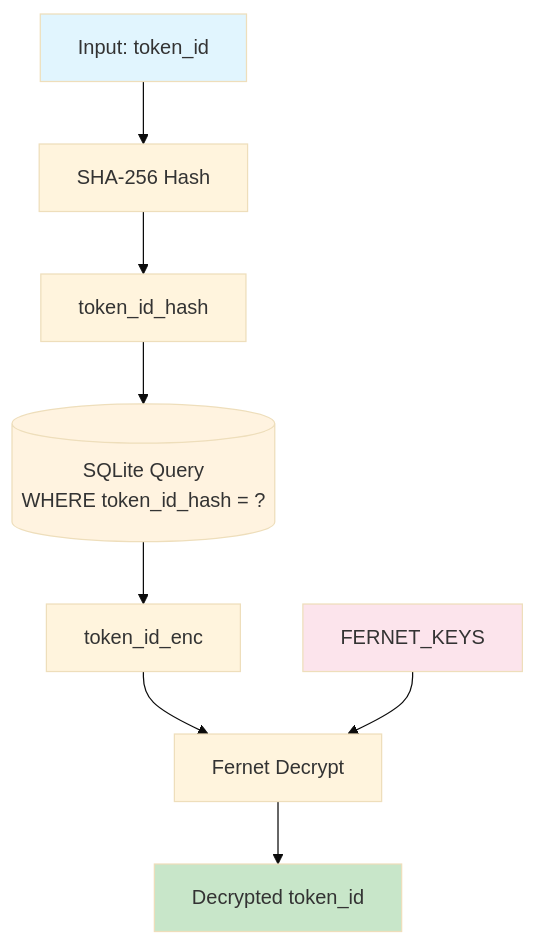
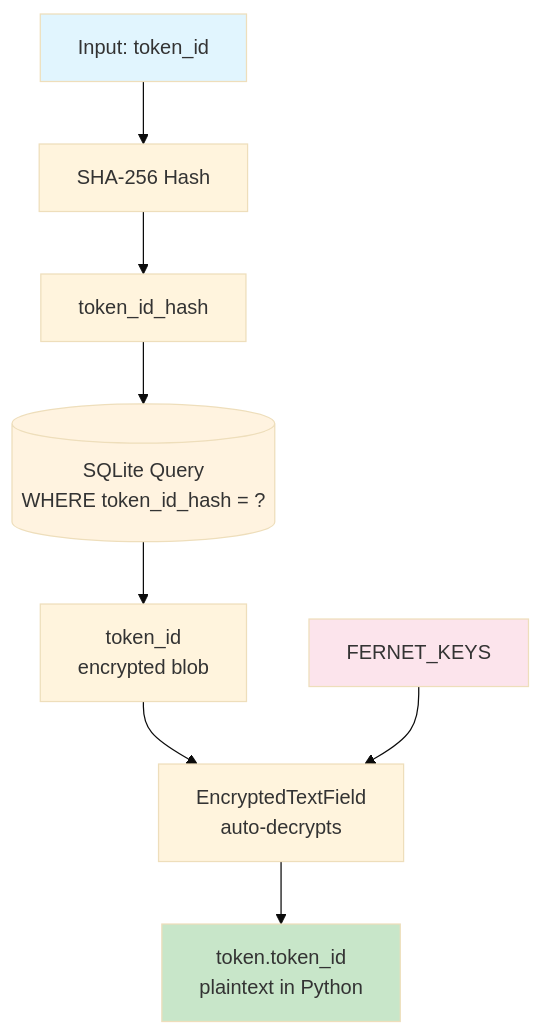
One commit to bp-ventures/meshc changed the second of 5 diagrams in docs/PLAN_MMT_ENCRYPTION.md. Above: the diagram before and after it, drawn with Mermaid (base theme). The commit also changed other lines of this file, not shown here.

Commit message:
Simplify MMT encryption: in-place field type change, 2 migrations

````diff
--- a/docs/PLAN_MMT_ENCRYPTION.md
+++ b/docs/PLAN_MMT_ENCRYPTION.md
@@ -58,15 +58,15 @@
 ```mermaid
 flowchart TD
     A[Input: token_id] --> B[SHA-256 Hash]
     B --> C[token_id_hash]
     C --> D[(SQLite Query<br/>WHERE token_id_hash = ?)]
-    D --> E[token_id_enc]
-    E --> F[Fernet Decrypt]
+    D --> E[token_id<br/>encrypted blob]
+    E --> F[EncryptedTextField<br/>auto-decrypts]
     G[FERNET_KEYS] --> F
-    F --> H[Decrypted token_id]
+    F --> H[token.token_id<br/>plaintext in Python]
 
     style A fill:#e1f5fe
     style D fill:#fff3e0
     style H fill:#c8e6c9
     style G fill:#fce4ec
 ```
````
